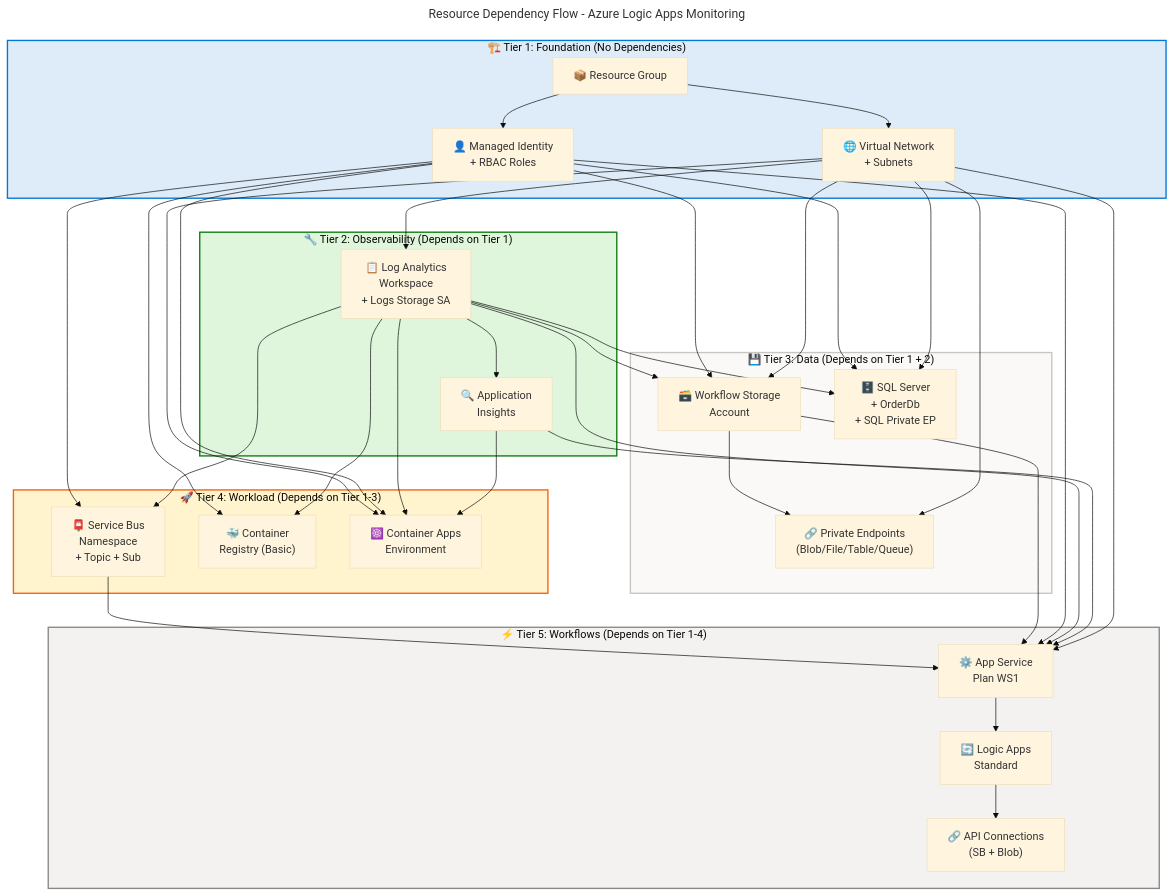
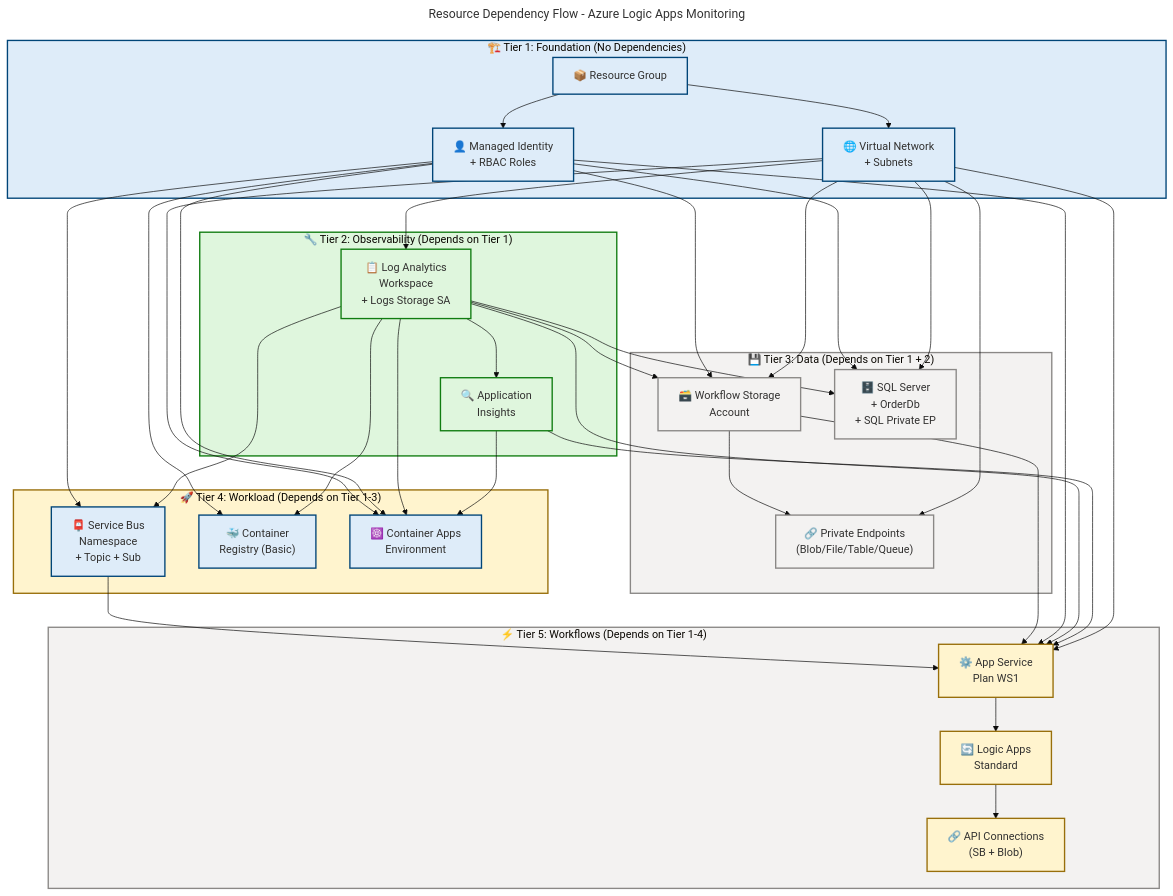
The third of 3 diagrams in docs/architecture/Technology-Layer-Architecture.md (Evilazaro/Azure-LogicApps-Monitoring), drawn with Mermaid before and after one commit. The commit also changed other lines of this file, not shown here.

Commit message:
docs: enhance styling and color definitions in Technology Layer architecture diagrams for improved clarity and consistency

````diff
--- a/docs/architecture/Technology-Layer-Architecture.md
+++ b/docs/architecture/Technology-Layer-Architecture.md
@@ -843,9 +868,20 @@
     ASPDep --> LADep
     LADep --> ConsDep
 
-    style Tier1 fill:#DEECF9,stroke:#0078D4,stroke-width:2px
-    style Tier2 fill:#DFF6DD,stroke:#107C10,stroke-width:2px
-    style Tier3 fill:#FAF9F8,stroke:#C8C6C4,stroke-width:2px
-    style Tier4 fill:#FFF4CE,stroke:#F7630C,stroke-width:2px
-    style Tier5 fill:#F3F2F1,stroke:#8A8886,stroke-width:2px
+    style Tier1 fill:#DEECF9,stroke:#004578,stroke-width:2px,color:#323130
+    style Tier2 fill:#DFF6DD,stroke:#107C10,stroke-width:2px,color:#323130
+    style Tier3 fill:#F3F2F1,stroke:#8A8886,stroke-width:2px,color:#323130
+    style Tier4 fill:#FFF4CE,stroke:#986F0B,stroke-width:2px,color:#323130
+    style Tier5 fill:#F3F2F1,stroke:#8A8886,stroke-width:2px,color:#323130
+
+    classDef azureBlue fill:#DEECF9,stroke:#004578,stroke-width:2px,color:#323130
+    classDef successGreen fill:#DFF6DD,stroke:#107C10,stroke-width:2px,color:#323130
+    classDef warningYellow fill:#FFF4CE,stroke:#986F0B,stroke-width:2px,color:#323130
+    classDef neutralGrey fill:#F3F2F1,stroke:#8A8886,stroke-width:2px,color:#323130
+
+    class RG,VNetDep,MIDep azureBlue
+    class LAWDep,AppInsDep successGreen
+    class WfSADep,PEDep,SqlDep neutralGrey
+    class SBDep,ACRDep,CAEDep azureBlue
+    class ASPDep,LADep,ConsDep warningYellow
 ```
````
